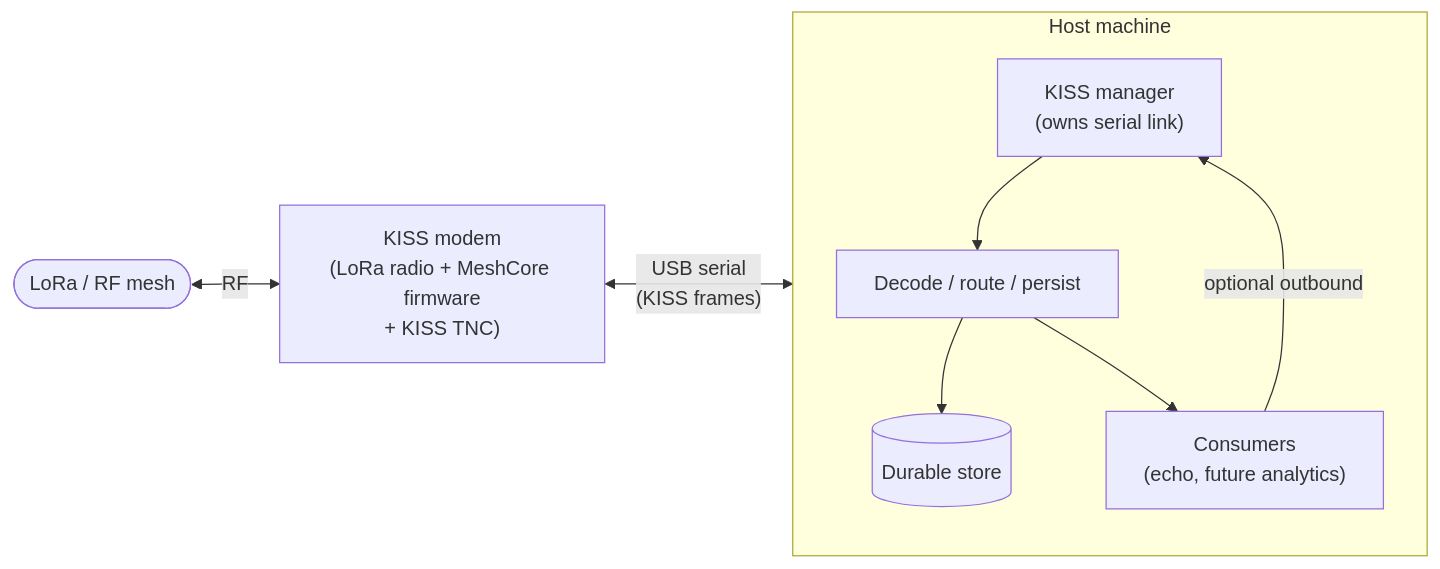
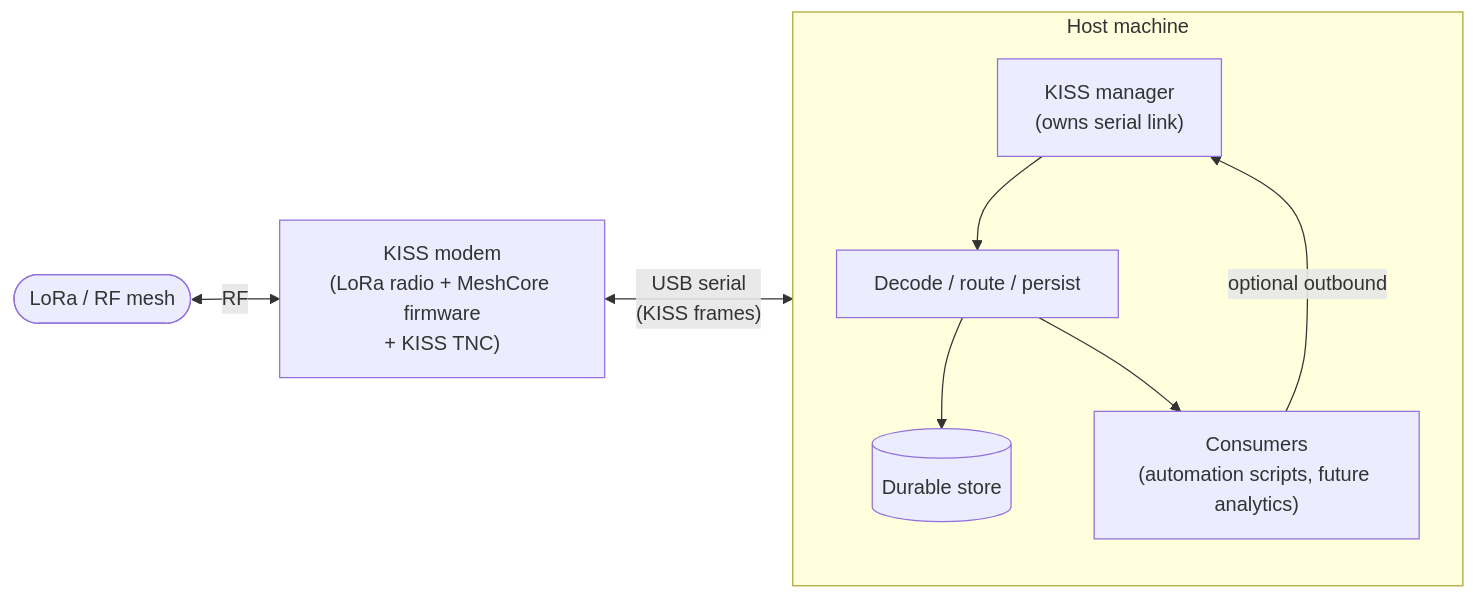
One commit to MauriceKremer/kam changed the first of 17 diagrams in docs/DESIGN.md. Above: the diagram before and after it, drawn with Mermaid. The commit also changed other lines of this file and 80 other files, not shown here.

````diff
--- a/docs/DESIGN.md
+++ b/docs/DESIGN.md
@@ -71,17 +73,17 @@
 ```mermaid
 flowchart LR
     RF(["LoRa / RF mesh"]) <-->|"RF"| Modem["KISS modem<br/>(LoRa radio + MeshCore firmware<br/>+ KISS TNC)"]
     Modem <-->|"USB serial<br/>(KISS frames)"| Host
 
     subgraph Host["Host machine"]
         Manager["KISS manager<br/>(owns serial link)"]
         Core["Decode / route / persist"]
-        Consumers["Consumers<br/>(echo, future analytics)"]
+        Consumers["Consumers<br/>(automation scripts, future analytics)"]
         Store[("Durable store")]
     end
 
     Manager --> Core
     Core --> Store
     Core --> Consumers
     Consumers -->|"optional outbound"| Manager
 ```
````
